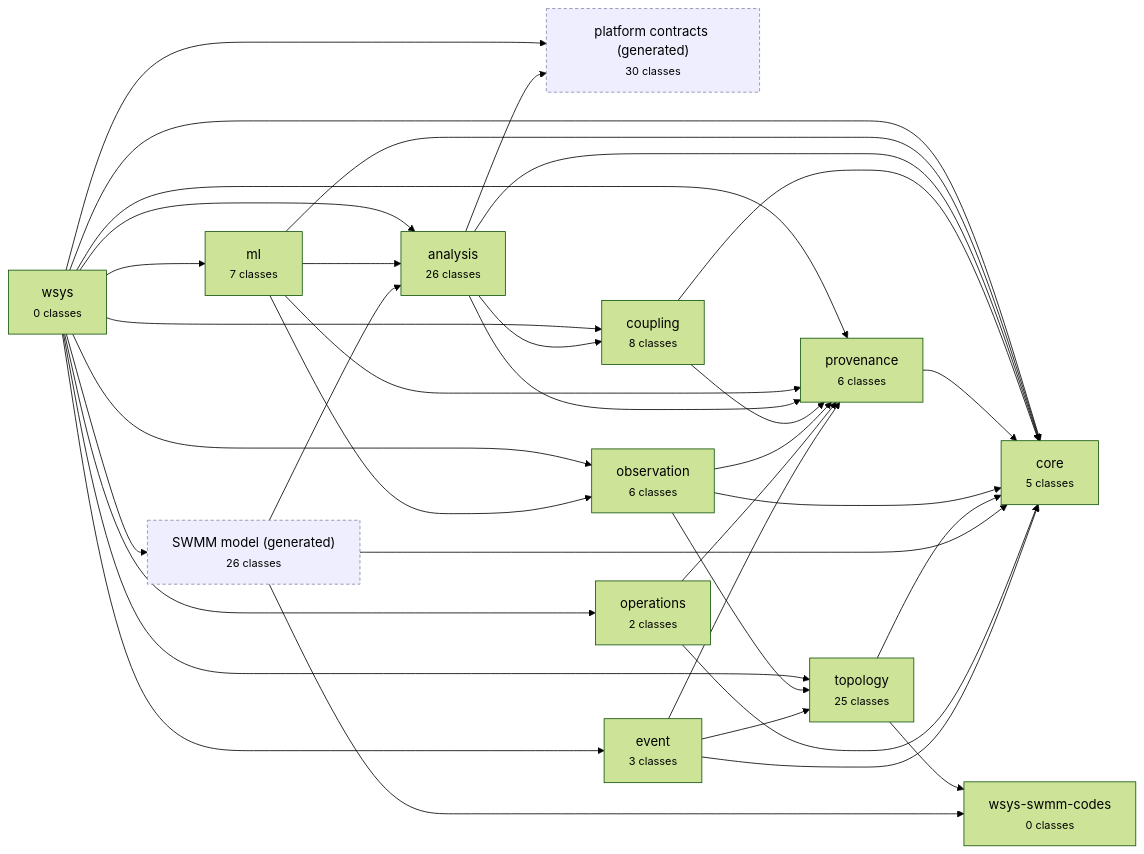
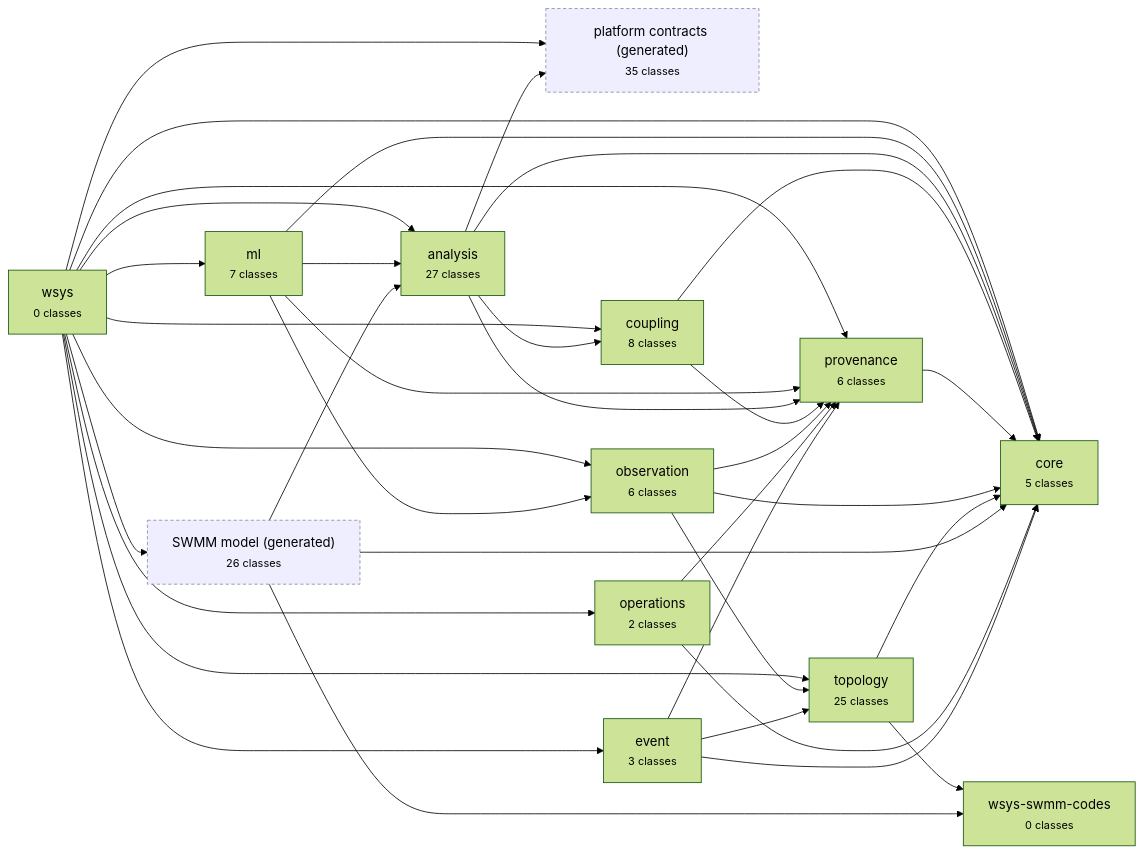
Before and after one commit to HydroCouple/water-ontology: the diagram in docs/diagrams/modules.md, drawn with Mermaid (forest theme). The commit also changed 53 other files, not shown here.

````diff
--- a/docs/diagrams/modules.md
+++ b/docs/diagrams/modules.md
@@ -5,52 +5,52 @@
 ```mermaid
 flowchart LR
   wsys["wsys<br/><small>0 classes</small>"]
   wsys_ml["ml<br/><small>7 classes</small>"]
-  wsys_analysis["analysis<br/><small>26 classes</small>"]
-  wsys_analysis_platform["platform contracts (generated)<br/><small>30 classes</small>"]:::gen
+  wsys_analysis["analysis<br/><small>27 classes</small>"]
+  wsys_analysis_platform["platform contracts (generated)<br/><small>35 classes</small>"]:::gen
   wsys_coupling["coupling<br/><small>8 classes</small>"]
   wsys_provenance["provenance<br/><small>6 classes</small>"]
   wsys_core["core<br/><small>5 classes</small>"]
   wsys_observation["observation<br/><small>6 classes</small>"]
   wsys_topology["topology<br/><small>25 classes</small>"]
   wsys_swmm_codes["wsys-swmm-codes<br/><small>0 classes</small>"]
   wsys_model["SWMM model (generated)<br/><small>26 classes</small>"]:::gen
   wsys_operations["operations<br/><small>2 classes</small>"]
   wsys_event["event<br/><small>3 classes</small>"]
   wsys --> wsys_core
   wsys --> wsys_provenance
   wsys --> wsys_topology
   wsys --> wsys_observation
   wsys --> wsys_event
   wsys --> wsys_operations
   wsys --> wsys_coupling
   wsys --> wsys_analysis_platform
   wsys --> wsys_analysis
   wsys --> wsys_model
   wsys --> wsys_ml
   wsys_ml --> wsys_core
   wsys_ml --> wsys_provenance
   wsys_ml --> wsys_observation
   wsys_ml --> wsys_analysis
   wsys_analysis --> wsys_core
   wsys_analysis --> wsys_provenance
   wsys_analysis --> wsys_coupling
   wsys_analysis --> wsys_analysis_platform
   wsys_coupling --> wsys_core
   wsys_coupling --> wsys_provenance
   wsys_provenance --> wsys_core
   wsys_observation --> wsys_core
   wsys_observation --> wsys_provenance
   wsys_observation --> wsys_topology
   wsys_topology --> wsys_core
   wsys_topology --> wsys_swmm_codes
   wsys_model --> wsys_core
   wsys_model --> wsys_analysis
   wsys_model --> wsys_swmm_codes
   wsys_operations --> wsys_core
   wsys_operations --> wsys_provenance
   wsys_event --> wsys_core
   wsys_event --> wsys_provenance
   wsys_event --> wsys_topology
   classDef gen fill:#eef,stroke:#88a,stroke-dasharray: 4 3;
 ```
````
